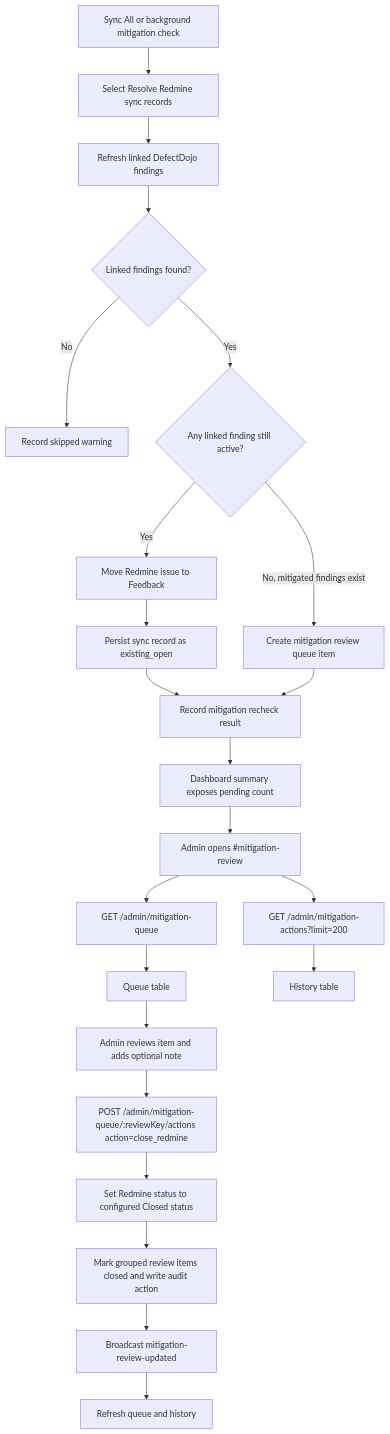
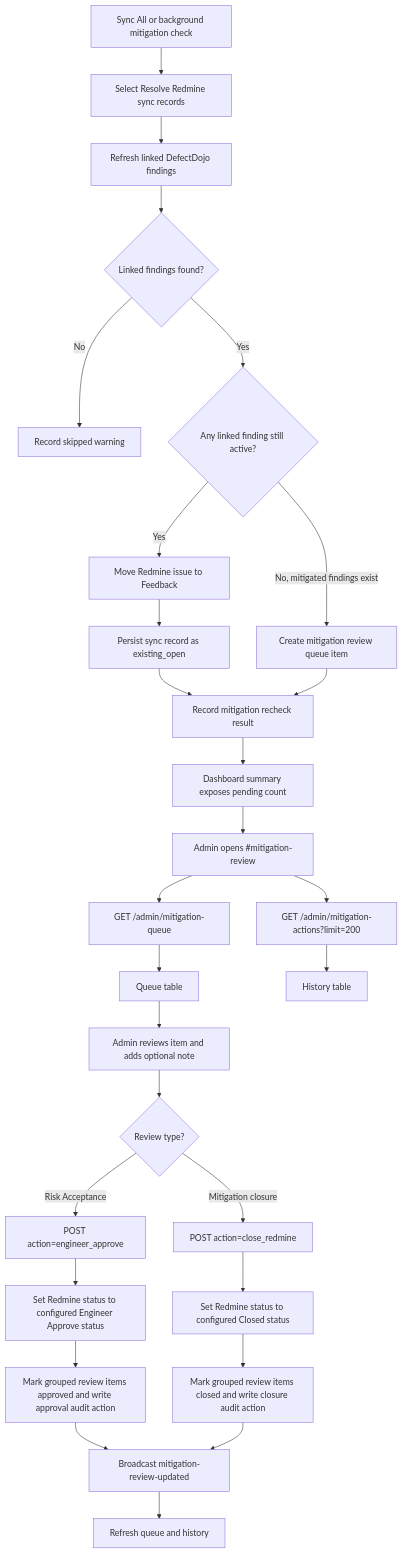
Diagram 12 of 19 in apps/vulnerability/docs/feature-workflows.md (Ratthapoom681/Middleware-2.0), drawn with Mermaid before and after one commit. The commit also changed other lines of this file and 160 other files, not shown here.

````diff
--- a/apps/vulnerability/docs/feature-workflows.md
+++ b/apps/vulnerability/docs/feature-workflows.md
@@ -318,25 +319,30 @@
 ```mermaid
 flowchart TD
   A["Sync All or background mitigation check"] --> B["Select Resolve Redmine sync records"]
   B --> C["Refresh linked DefectDojo findings"]
   C --> D{"Linked findings found?"}
   D -- "No" --> E["Record skipped warning"]
   D -- "Yes" --> F{"Any linked finding still active?"}
   F -- "Yes" --> G["Move Redmine issue to Feedback"]
   G --> H["Persist sync record as existing_open"]
   F -- "No, mitigated findings exist" --> J["Create mitigation review queue item"]
   H --> K["Record mitigation recheck result"]
   J --> K
   K --> L["Dashboard summary exposes pending count"]
   L --> M["Admin opens #mitigation-review"]
   M --> N["GET /admin/mitigation-queue"]
   M --> O["GET /admin/mitigation-actions?limit=200"]
   N --> P["Queue table"]
   O --> Q["History table"]
   P --> R["Admin reviews item and adds optional note"]
-  R --> S["POST /admin/mitigation-queue/:reviewKey/actions action=close_redmine"]
-  S --> T["Set Redmine status to configured Closed status"]
-  T --> U["Mark grouped review items closed and write audit action"]
-  U --> V["Broadcast mitigation-review-updated"]
-  V --> W["Refresh queue and history"]
+  R --> S{"Review type?"}
+  S -- "Risk Acceptance" --> T["POST action=engineer_approve"]
+  T --> U["Set Redmine status to configured Engineer Approve status"]
+  U --> V["Mark grouped review items approved and write approval audit action"]
+  S -- "Mitigation closure" --> W["POST action=close_redmine"]
+  W --> X["Set Redmine status to configured Closed status"]
+  X --> Y["Mark grouped review items closed and write closure audit action"]
+  V --> Z["Broadcast mitigation-review-updated"]
+  Y --> Z
+  Z --> AA["Refresh queue and history"]
 ```
````
